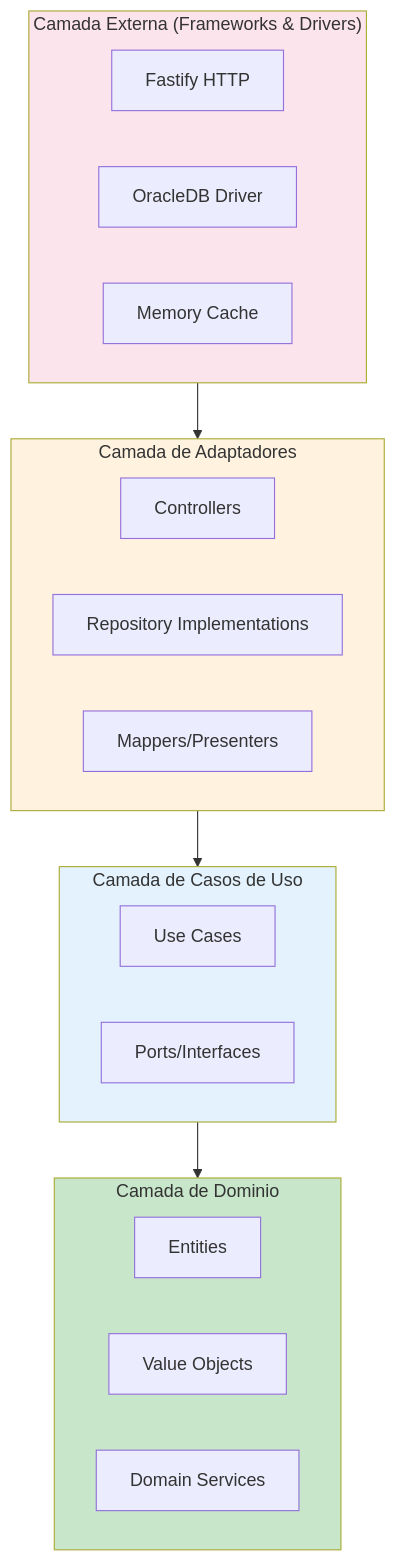
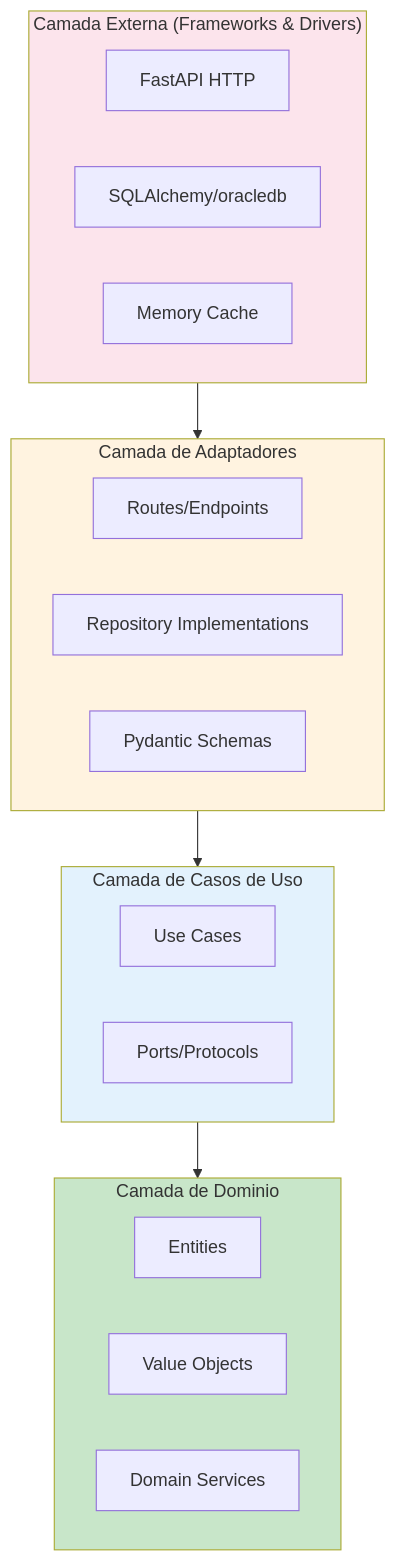
Before and after one commit to devenergia/radar: the first of 3 diagrams in docs/development/01-clean-architecture.md, drawn with Mermaid. The commit also changed other lines of this file and 5 other files, not shown here.

````diff
--- a/docs/development/01-clean-architecture.md
+++ b/docs/development/01-clean-architecture.md
@@ -7,34 +7,34 @@
 ```mermaid
 flowchart TB
     subgraph External["Camada Externa (Frameworks & Drivers)"]
-        HTTP[Fastify HTTP]
-        ORM[OracleDB Driver]
+        HTTP[FastAPI HTTP]
+        ORM[SQLAlchemy/oracledb]
         CACHE[Memory Cache]
     end
 
     subgraph Adapters["Camada de Adaptadores"]
-        CTRL[Controllers]
+        ROUTES[Routes/Endpoints]
         REPO_IMPL[Repository Implementations]
-        MAPPERS[Mappers/Presenters]
+        SCHEMAS[Pydantic Schemas]
     end
 
     subgraph UseCases["Camada de Casos de Uso"]
         UC[Use Cases]
-        PORTS[Ports/Interfaces]
+        PORTS[Ports/Protocols]
     end
 
     subgraph Domain["Camada de Dominio"]
         ENT[Entities]
         VO[Value Objects]
         DS[Domain Services]
     end
 
     External --> Adapters
     Adapters --> UseCases
     UseCases --> Domain
 
     style Domain fill:#c8e6c9
     style UseCases fill:#e3f2fd
     style Adapters fill:#fff3e0
     style External fill:#fce4ec
 ```
````
